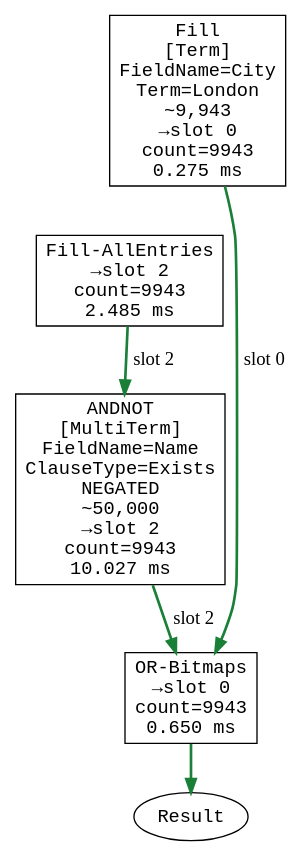
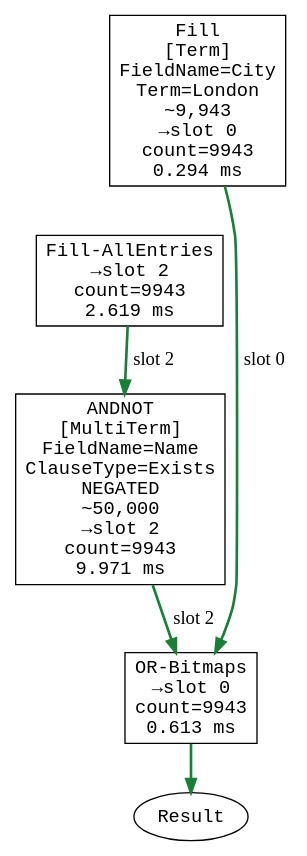
One commit to ayende/ravendb changed the fifth of 44 diagrams in corax-query-catalog.md. Above: the diagram before and after it, drawn with Graphviz. The commit also changed other lines of this file and 1 other file, not shown here.

First line of the commit message:
RavenDB-25281 Regenerate query catalog for producer-node rendering

````diff
--- a/corax-query-catalog.md
+++ b/corax-query-catalog.md
@@ -395,16 +395,16 @@
 ```dot
 digraph QueryPlan {
   rankdir=TB;
-  node [shape=box, fontname="monospace"];
-  op0 [label="Fill\n[Term]\nFieldName=City\nTerm=London\n~9,943\n→slot 0\ncount=9943\n0.275 ms", data_destslot="0", data_dispatch="Term", data_fieldname="City", data_term="London", data_estimatedrows="9,943", data_count="9943", data_ms="0.275"];
-  op1 [label="Fill-AllEntries\n→slot 2\ncount=9943\n2.485 ms", data_destslot="2", data_count="9943", data_ms="2.485"];
-  op2 [label="ANDNOT\n[MultiTerm]\nFieldName=Name\nClauseType=Exists\nNEGATED\n~50,000\n→slot 2\ncount=9943\n10.027 ms", data_destslot="2", data_dispatch="MultiTerm", data_fieldname="Name", data_clausetype="Exists", data_negated="true", data_estimatedrows="50,000", data_count="9943", data_ms="10.027"];
-  op3 [label="OR-Bitmaps\n→slot 0\ncount=9943\n0.650 ms", data_destslot="0", data_sourceslot="2", data_count="9943", data_ms="0.650"];
-  result [shape=ellipse, label="Result"];
-  op1 -> op2 [style=bold, color="#1a7f37", label="slot 2"];
-  op0 -> op3 [style=bold, color="#1a7f37", label="slot 0"];
-  op2 -> op3 [style=bold, color="#1a7f37", label="slot 2"];
-  op3 -> result [style=bold, color="#1a7f37"];
-  op0 -> op1 [style=invis];
+  node [shape="box", fontname="monospace"];
+  op0 [label="Fill\n[Term]\nFieldName=City\nTerm=London\n~9,943\n→slot 0\ncount=9943\n0.294 ms", data_operation="Fill", data_destslot="0", data_dispatch="Term", data_fieldname="City", data_term="London", data_estimatedrows="9,943", data_count="9943", data_ms="0.294", data_taken="True"];
+  op1 [label="Fill-AllEntries\n→slot 2\ncount=9943\n2.619 ms", data_operation="Fill-AllEntries", data_destslot="2", data_count="9943", data_ms="2.619", data_taken="True"];
+  op2 [label="ANDNOT\n[MultiTerm]\nFieldName=Name\nClauseType=Exists\nNEGATED\n~50,000\n→slot 2\ncount=9943\n9.971 ms", data_operation="ANDNOT", data_destslot="2", data_dispatch="MultiTerm", data_fieldname="Name", data_clausetype="Exists", data_negated="true", data_estimatedrows="50,000", data_count="9943", data_ms="9.971", data_taken="True"];
+  op3 [label="OR-Bitmaps\n→slot 0\ncount=9943\n0.613 ms", data_operation="OR-Bitmaps", data_destslot="0", data_sourceslot="2", data_count="9943", data_ms="0.613", data_taken="True"];
+  result [shape="ellipse", label="Result", data_operation="Result"];
+  op1 -> op2 [style="bold", color="#1a7f37", label="slot 2", data_kind="dataflow", data_slot="2", data_flow="on"];
+  op0 -> op3 [style="bold", color="#1a7f37", label="slot 0", data_kind="dataflow", data_slot="0", data_flow="on"];
+  op2 -> op3 [style="bold", color="#1a7f37", label="slot 2", data_kind="dataflow", data_slot="2", data_flow="on"];
+  op3 -> result [style="bold", color="#1a7f37", data_kind="result", data_variant="bitmap-final", data_flow="on"];
+  op0 -> op1 [style="invis", data_kind="sequence", data_flow="invis"];
 }
 ```
````
